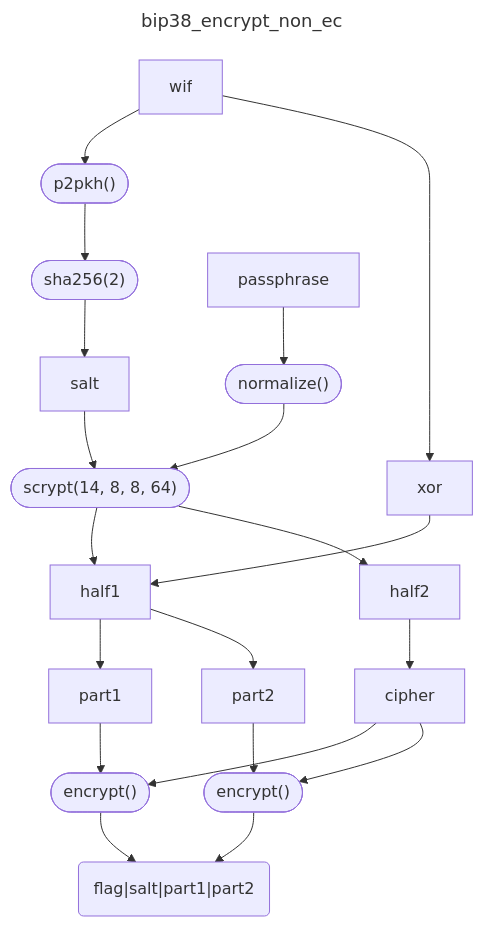
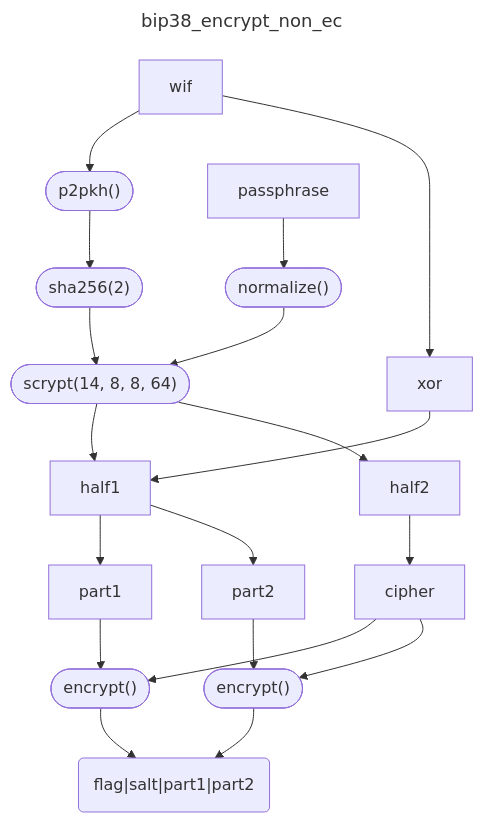
One commit to artimonist/bitguise changed the diagram in docs/bip38_encrypt_non_ec.mmd. Above: the diagram before and after it, drawn with Mermaid. The commit also changed 2 other files, not shown here.

```diff
--- a/docs/bip38_encrypt_non_ec.mmd
+++ b/docs/bip38_encrypt_non_ec.mmd
@@ -1,18 +1,17 @@
 ---
 config:
   layout: dagre
   theme: default
 title: bip38_encrypt_non_ec
 ---
 flowchart TD
-    wif --> addr(["p2pkh()"]) --> addr_hash(["sha256(2)"]) --> salt["salt"]
+    wif --> addr(["p2pkh()"]) --> addr_hash(["sha256(2)"])
     passphrase["passphrase"] --> nfc(["normalize()"]) --> K(["scrypt(14, 8, 8, 64)"])
-    salt --> K
-    K --> half1["half1"] & half2["half2"]
+    addr_hash --> K --> half1["half1"] & half2["half2"]
     half2 --> cipher["cipher"]
     wif --> xor --> half1
     half1 --> part1["part1"] & part2["part2"]
     part1 --> E1(["encrypt()"])
     part2 --> E2(["encrypt()"])
     cipher --> E1 & E2 --> R["flag|salt|part1|part2"]
     R@{ shape: rounded}
```
